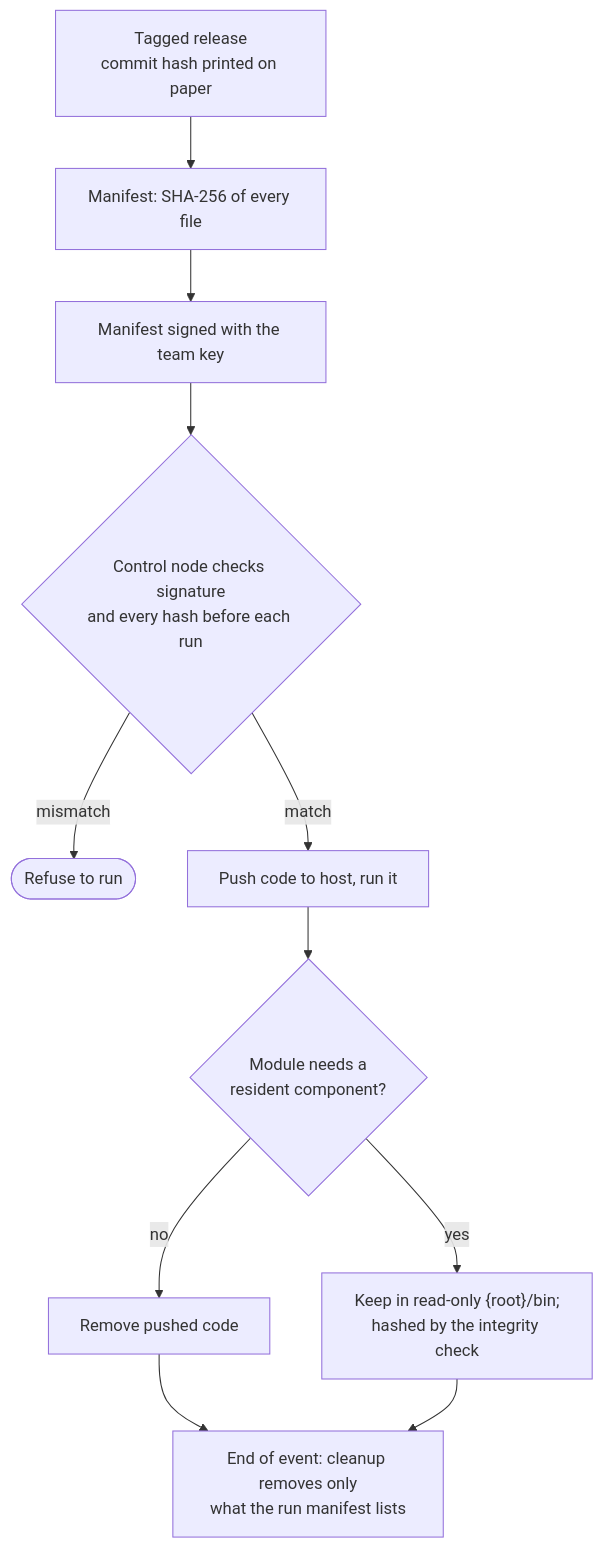
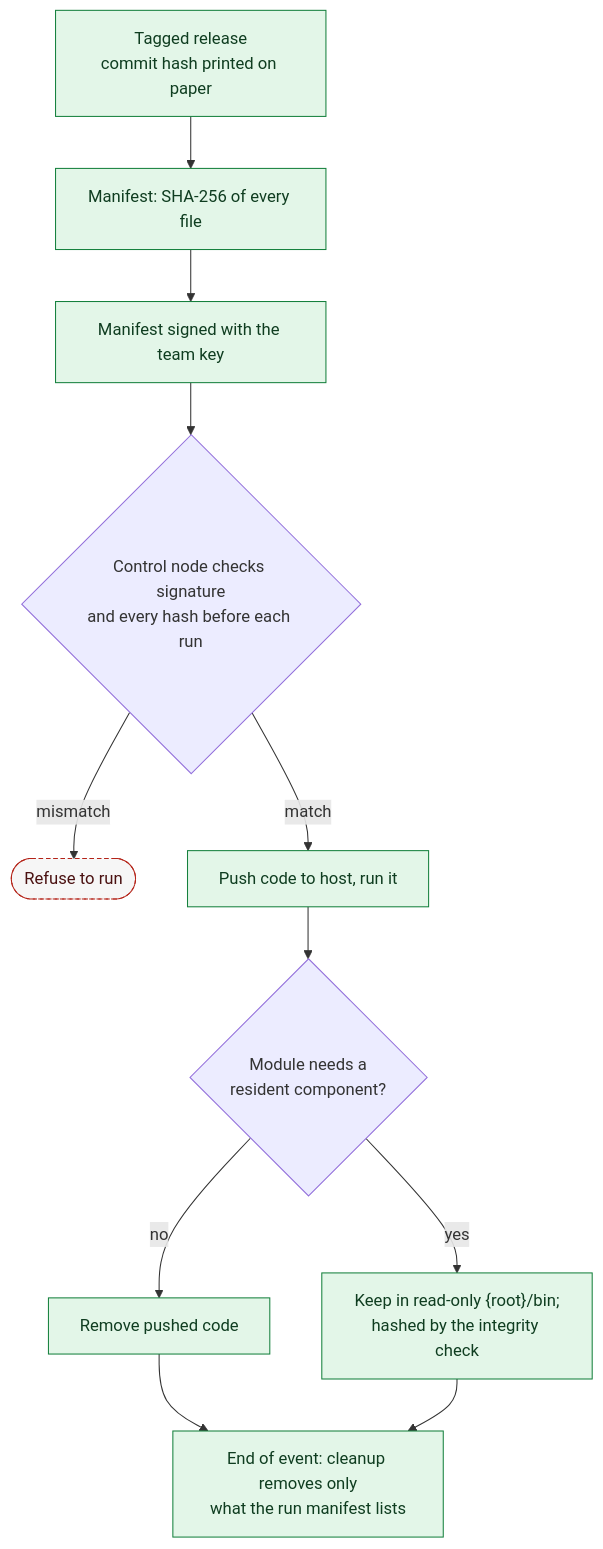
One commit to dotnetdork/Labyrinth changed the diagram in docs/design/07-Cleanup-and-Tool-Integrity.md. Above: the diagram before and after it, drawn with Mermaid. The commit also changed other lines of this file and 12 other files, not shown here.

````diff
--- a/docs/design/07-Cleanup-and-Tool-Integrity.md
+++ b/docs/design/07-Cleanup-and-Tool-Integrity.md
@@ -43,13 +43,17 @@
 ```mermaid
 flowchart TD
     REL["Tagged release<br/>commit hash printed on paper"] --> MAN["Manifest: SHA-256 of every file"]
     MAN --> SIG["Manifest signed with the team key"]
     SIG --> CHK{"Control node checks signature<br/>and every hash before each run"}
     CHK -->|mismatch| NO(["Refuse to run"])
     CHK -->|match| RUN["Push code to host, run it"]
     RUN --> RES{"Module needs a<br/>resident component?"}
     RES -->|no| DEL["Remove pushed code"]
     RES -->|yes| KEEP["Keep in read-only {root}/bin;<br/>hashed by the integrity check"]
     DEL --> CLN["End of event: cleanup removes only<br/>what the run manifest lists"]
     KEEP --> CLN
+    classDef sustain fill:#e3f6e8,stroke:#15803d,color:#0f3d20
+    classDef stop fill:#f6f6f6,stroke:#b42318,color:#4a1111,stroke-dasharray:4 3
+    class REL,MAN,SIG,RUN,DEL,KEEP,CLN sustain
+    class NO stop
 ```
````
